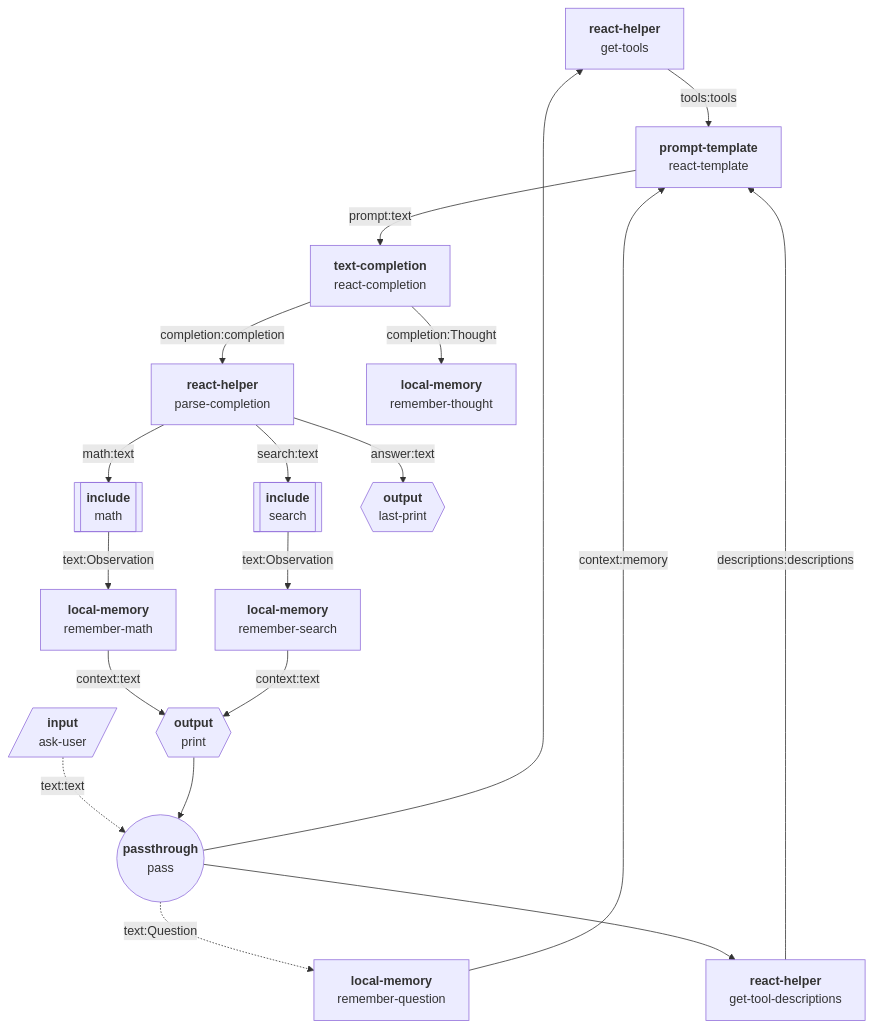
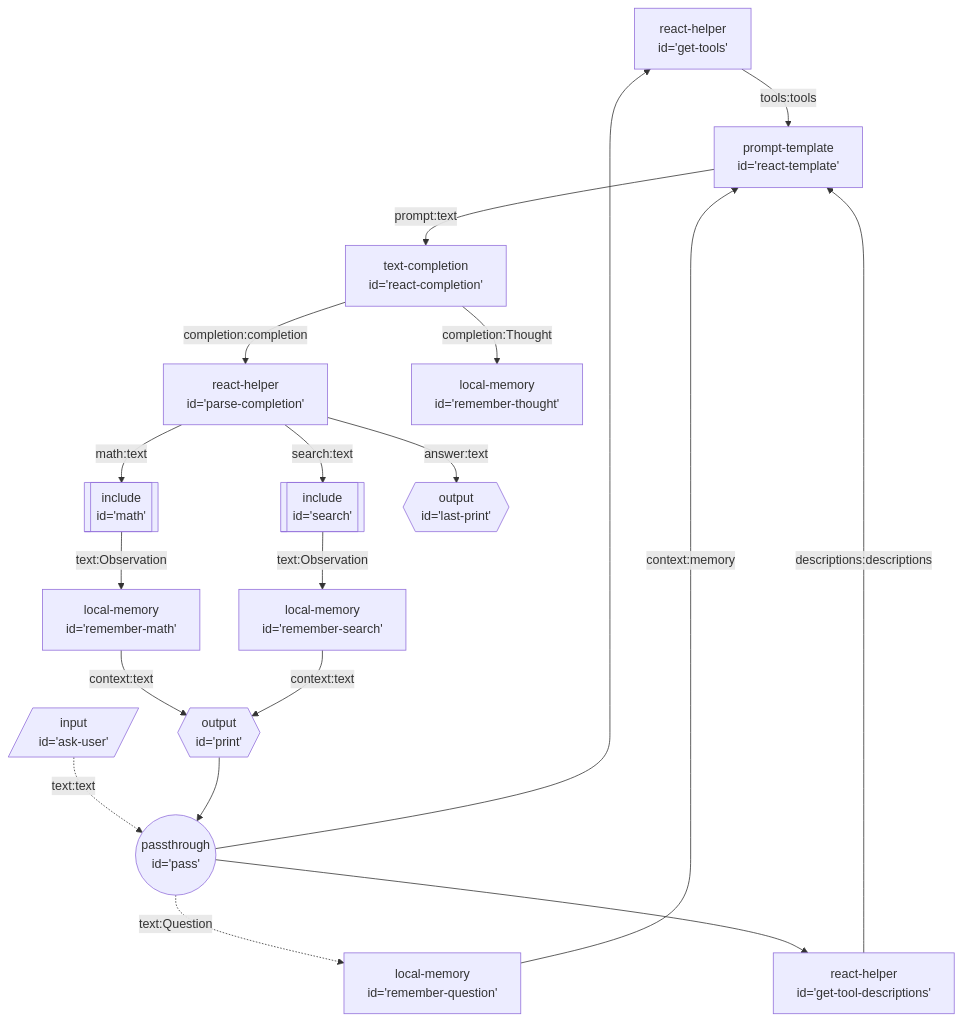
Before and after one commit to breadboard-ai/breadboard: the diagram in seeds/graph-playground/docs/graphs/react-with-include.md, drawn with Mermaid. The commit also changed 11 other files, not shown here.

First line of the commit message:
[graph-playground] A bit more style tweaking.

````diff
--- a/seeds/graph-playground/docs/graphs/react-with-include.md
+++ b/seeds/graph-playground/docs/graphs/react-with-include.md
@@ -4,57 +4,57 @@
 ```mermaid
 graph TD;
-get-tools["`**react-helper**
-get-tools`"] -- tools:tools --> react-template["`**prompt-template**
-react-template`"]
-get-tool-descriptions["`**react-helper**
-get-tool-descriptions`"] -- descriptions:descriptions --> react-template["`**prompt-template**
-react-template`"]
-ask-user[/"`**input**
-ask-user`"/]:::input -. text:text .-> pass(("`**passthrough**
-pass`")):::passthrough
-pass(("`**passthrough**
-pass`")):::passthrough --> get-tools["`**react-helper**
-get-tools`"]
-pass(("`**passthrough**
-pass`")):::passthrough -. text:Question .-> remember-question["`**local-memory**
-remember-question`"]
-remember-question["`**local-memory**
-remember-question`"] -- context:memory --> react-template["`**prompt-template**
-react-template`"]
-pass(("`**passthrough**
-pass`")):::passthrough --> get-tool-descriptions["`**react-helper**
-get-tool-descriptions`"]
-react-template["`**prompt-template**
-react-template`"] -- prompt:text --> react-completion["`**text-completion**
-react-completion`"]
-react-completion["`**text-completion**
-react-completion`"] -- completion:completion --> parse-completion["`**react-helper**
-parse-completion`"]
-react-completion["`**text-completion**
-react-completion`"] -- completion:Thought --> remember-thought["`**local-memory**
-remember-thought`"]
-parse-completion["`**react-helper**
-parse-completion`"] -- search:text --> search[["`**include**
-search`"]]:::include
-parse-completion["`**react-helper**
-parse-completion`"] -- math:text --> math[["`**include**
-math`"]]:::include
-math[["`**include**
-math`"]]:::include -- text:Observation --> remember-math["`**local-memory**
-remember-math`"]
-remember-math["`**local-memory**
-remember-math`"] -- context:text --> print{{"`**output**
-print`"}}:::output
-search[["`**include**
-search`"]]:::include -- text:Observation --> remember-search["`**local-memory**
-remember-search`"]
-remember-search["`**local-memory**
-remember-search`"] -- context:text --> print{{"`**output**
-print`"}}:::output
-print{{"`**output**
-print`"}}:::output --> pass(("`**passthrough**
-pass`")):::passthrough
-parse-completion["`**react-helper**
-parse-completion`"] -- answer:text --> last-print{{"`**output**
-last-print`"}}:::output
+get-tools["react-helper
+id='get-tools'"] -- tools:tools --> react-template["prompt-template
+id='react-template'"]
+get-tool-descriptions["react-helper
+id='get-tool-descriptions'"] -- descriptions:descriptions --> react-template["prompt-template
+id='react-template'"]
+ask-user[/"input
+id='ask-user'"/]:::input -. text:text .-> pass(("passthrough
+id='pass'")):::passthrough
+pass(("passthrough
+id='pass'")):::passthrough --> get-tools["react-helper
+id='get-tools'"]
+pass(("passthrough
+id='pass'")):::passthrough -. text:Question .-> remember-question["local-memory
+id='remember-question'"]
+remember-question["local-memory
+id='remember-question'"] -- context:memory --> react-template["prompt-template
+id='react-template'"]
+pass(("passthrough
+id='pass'")):::passthrough --> get-tool-descriptions["react-helper
+id='get-tool-descriptions'"]
+react-template["prompt-template
+id='react-template'"] -- prompt:text --> react-completion["text-completion
+id='react-completion'"]
+react-completion["text-completion
+id='react-completion'"] -- completion:completion --> parse-completion["react-helper
+id='parse-completion'"]
+react-completion["text-completion
+id='react-completion'"] -- completion:Thought --> remember-thought["local-memory
+id='remember-thought'"]
+parse-completion["react-helper
+id='parse-completion'"] -- search:text --> search[["include
+id='search'"]]:::include
+parse-completion["react-helper
+id='parse-completion'"] -- math:text --> math[["include
+id='math'"]]:::include
+math[["include
+id='math'"]]:::include -- text:Observation --> remember-math["local-memory
+id='remember-math'"]
+remember-math["local-memory
+id='remember-math'"] -- context:text --> print{{"output
+id='print'"}}:::output
+search[["include
+id='search'"]]:::include -- text:Observation --> remember-search["local-memory
+id='remember-search'"]
+remember-search["local-memory
+id='remember-search'"] -- context:text --> print{{"output
+id='print'"}}:::output
+print{{"output
+id='print'"}}:::output --> pass(("passthrough
+id='pass'")):::passthrough
+parse-completion["react-helper
+id='parse-completion'"] -- answer:text --> last-print{{"output
+id='last-print'"}}:::output
 ```
````
